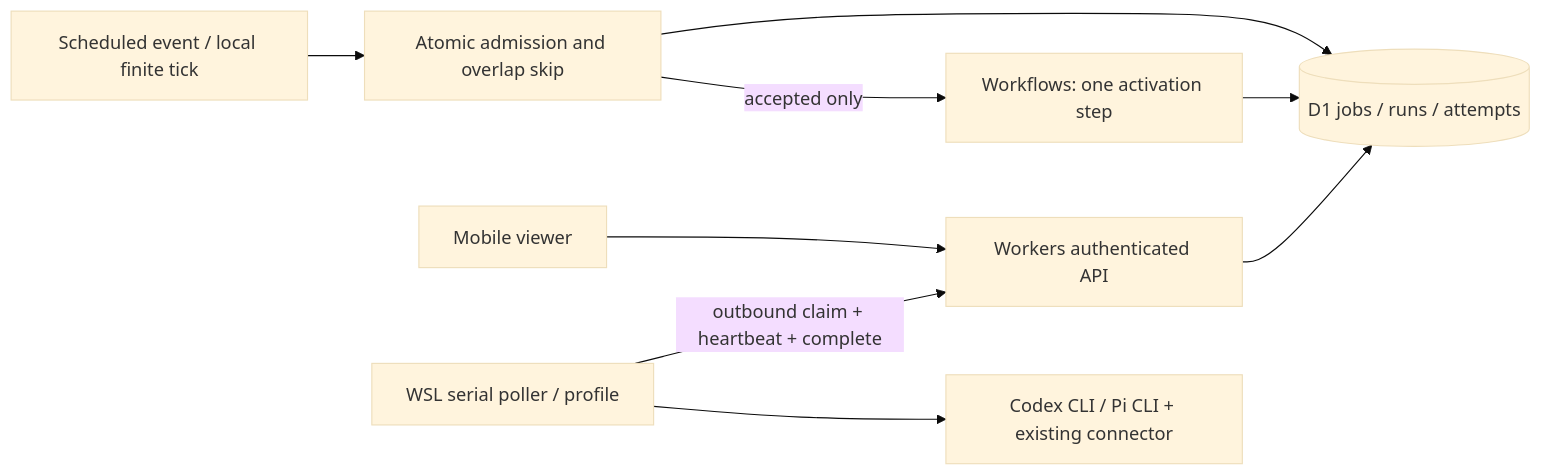
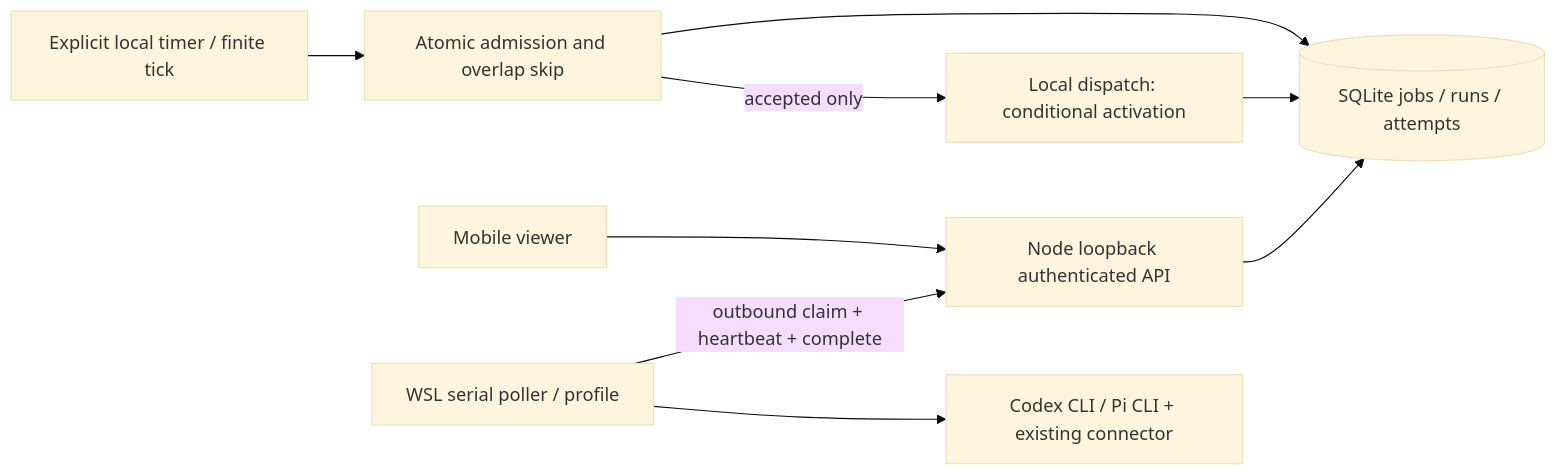
Before and after one commit to FYuki/private-agent: the diagram in docs/architecture.md, drawn with Mermaid (base theme). The commit also changed other lines of this file and 50 other files, not shown here.

````diff
--- a/docs/architecture.md
+++ b/docs/architecture.md
@@ -3,11 +3,11 @@
 ```mermaid
 flowchart LR
-  Schedule[Scheduled event / local finite tick] --> Admission[Atomic admission and overlap skip]
-  Admission --> DB[(D1 jobs / runs / attempts)]
-  Admission -->|accepted only| WF[Workflows: one activation step]
+  Schedule[Explicit local timer / finite tick] --> Admission[Atomic admission and overlap skip]
+  Admission --> DB[(SQLite jobs / runs / attempts)]
+  Admission -->|accepted only| WF[Local dispatch: conditional activation]
   WF --> DB
-  UI[Mobile viewer] --> API[Workers authenticated API]
+  UI[Mobile viewer] --> API[Node loopback authenticated API]
   API --> DB
   W[WSL serial poller / profile] -->|outbound claim + heartbeat + complete| API
   W --> CLI[Codex CLI / Pi CLI + existing connector]
 ```
````
